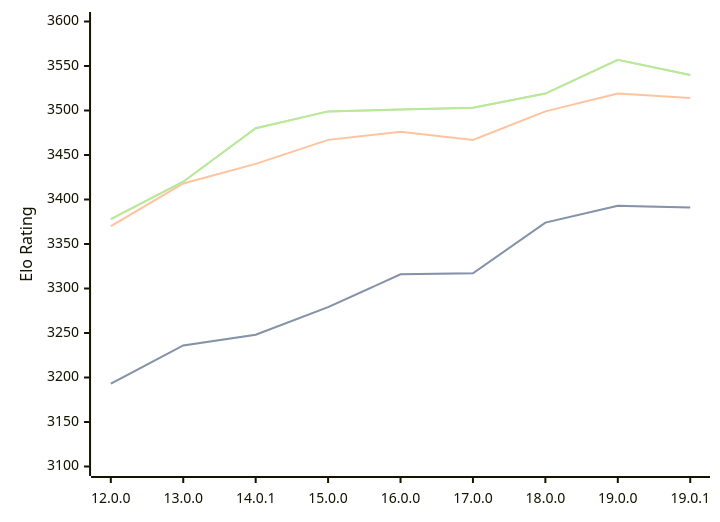
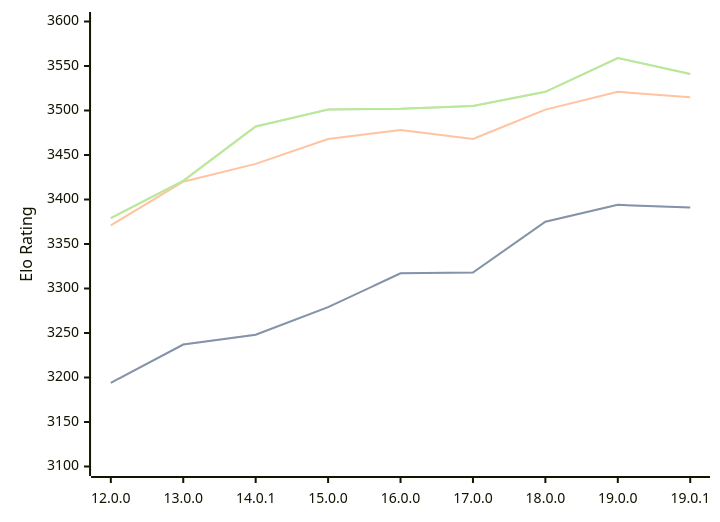
One commit to computer-chess-index/cci changed the first of 3 diagrams in engines/Viridithas.md. Above: the diagram before and after it, drawn with Mermaid. The commit also changed other lines of this file, not shown here.

Commit message:
Update CCI Ratings (ELO VLTC) - 2026-06-30

````diff
--- a/engines/Viridithas.md
+++ b/engines/Viridithas.md
@@ -63,11 +64,11 @@
 ```mermaid
 %%{init: {"theme":"base","themeVariables":{"seriesColors:['#a3a3a3','#222221','#faa371']}}}%%
 xychart-beta
   x-axis ["12.0.0", "13.0.0", "14.0.1", "15.0.0", "16.0.0", "17.0.0", "18.0.0", "19.0.0", "19.0.1"]
   y-axis "Elo Rating" 3100 --> 3600
-  line "STC (8.0+0.08s)" [3193, 3236, 3248, 3279, 3316, 3317, 3374, 3393, 3391]
-  line "STC (8.0+0.08s)" [3193, 3236, 3248, 3279, 3316, 3317, 3374, 3393, 3391]
-  line "LTC (60.0+0.60s)" [3370, 3418, 3440, 3467, 3476, 3467, 3499, 3519, 3514]
-  line "VLTC (2m24s+1.12s)" [3378, 3420, 3480, 3499, 3501, 3503, 3519, 3557, 3540]
-  line "VLTC (2m24s+1.12s)" [3378, 3420, 3480, 3499, 3501, 3503, 3519, 3557, 3540]
+  line "STC (8.0+0.08s)" [3194, 3237, 3248, 3279, 3317, 3318, 3375, 3394, 3391]
+  line "STC (8.0+0.08s)" [3194, 3237, 3248, 3279, 3317, 3318, 3375, 3394, 3391]
+  line "LTC (60.0+0.60s)" [3371, 3420, 3440, 3468, 3478, 3468, 3501, 3521, 3515]
+  line "VLTC (2m24s+1.12s)" [3379, 3421, 3482, 3501, 3502, 3505, 3521, 3559, 3541]
+  line "VLTC (2m24s+1.12s)" [3379, 3421, 3482, 3501, 3502, 3505, 3521, 3559, 3541]
 ```
````
